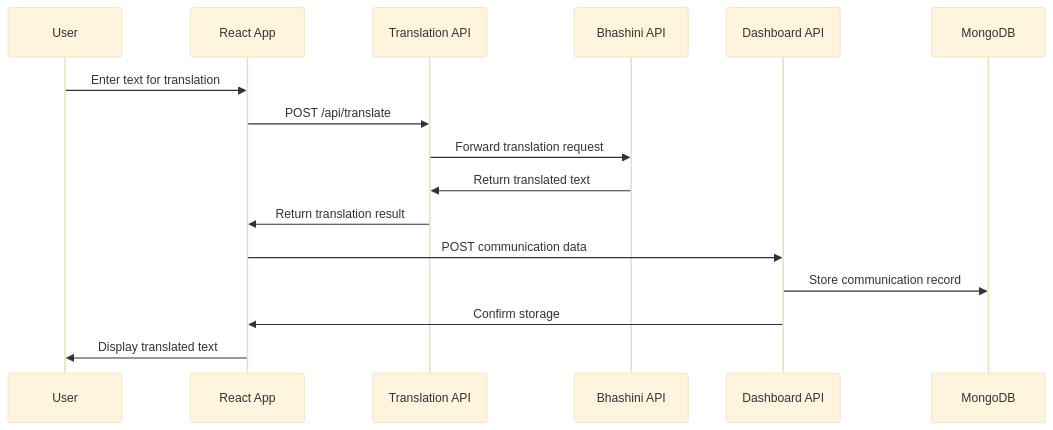
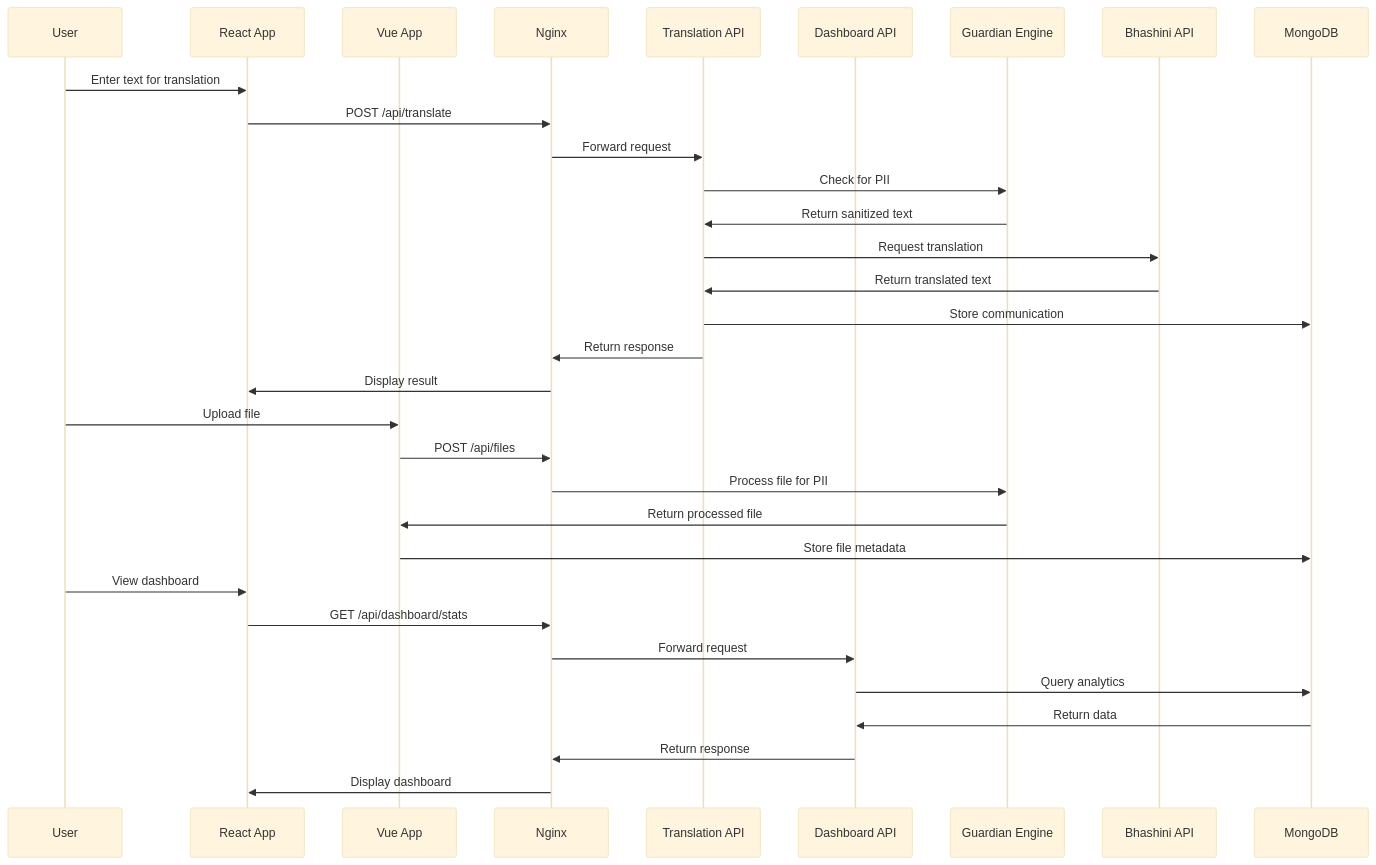
One commit to vvinayakkk/pccoe_hackathon changed the second of 7 diagrams in README.md. Above: the diagram before and after it, drawn with Mermaid (base theme). The commit also changed other lines of this file, not shown here.

````diff
--- a/README.md
+++ b/README.md
@@ -392,19 +332,37 @@
 ```mermaid
 sequenceDiagram
     participant U as User
     participant R as React App
+    participant V as Vue App
+    participant N as Nginx
     participant T as Translation API
+    participant D as Dashboard API
+    participant G as Guardian Engine
     participant B as Bhashini API
-    participant D as Dashboard API
     participant M as MongoDB
     
     U->>R: Enter text for translation
-    R->>T: POST /api/translate
-    T->>B: Forward translation request
+    R->>N: POST /api/translate
+    N->>T: Forward request
+    T->>G: Check for PII
+    G->>T: Return sanitized text
+    T->>B: Request translation
     B->>T: Return translated text
-    T->>R: Return translation result
-    R->>D: POST communication data
-    D->>M: Store communication record
-    D->>R: Confirm storage
-    R->>U: Display translated text
+    T->>M: Store communication
+    T->>N: Return response
+    N->>R: Display result
+    
+    U->>V: Upload file
+    V->>N: POST /api/files
+    N->>G: Process file for PII
+    G->>V: Return processed file
+    V->>M: Store file metadata
+    
+    U->>R: View dashboard
+    R->>N: GET /api/dashboard/stats
+    N->>D: Forward request
+    D->>M: Query analytics
+    M->>D: Return data
+    D->>N: Return response
+    N->>R: Display dashboard
 ```
````
